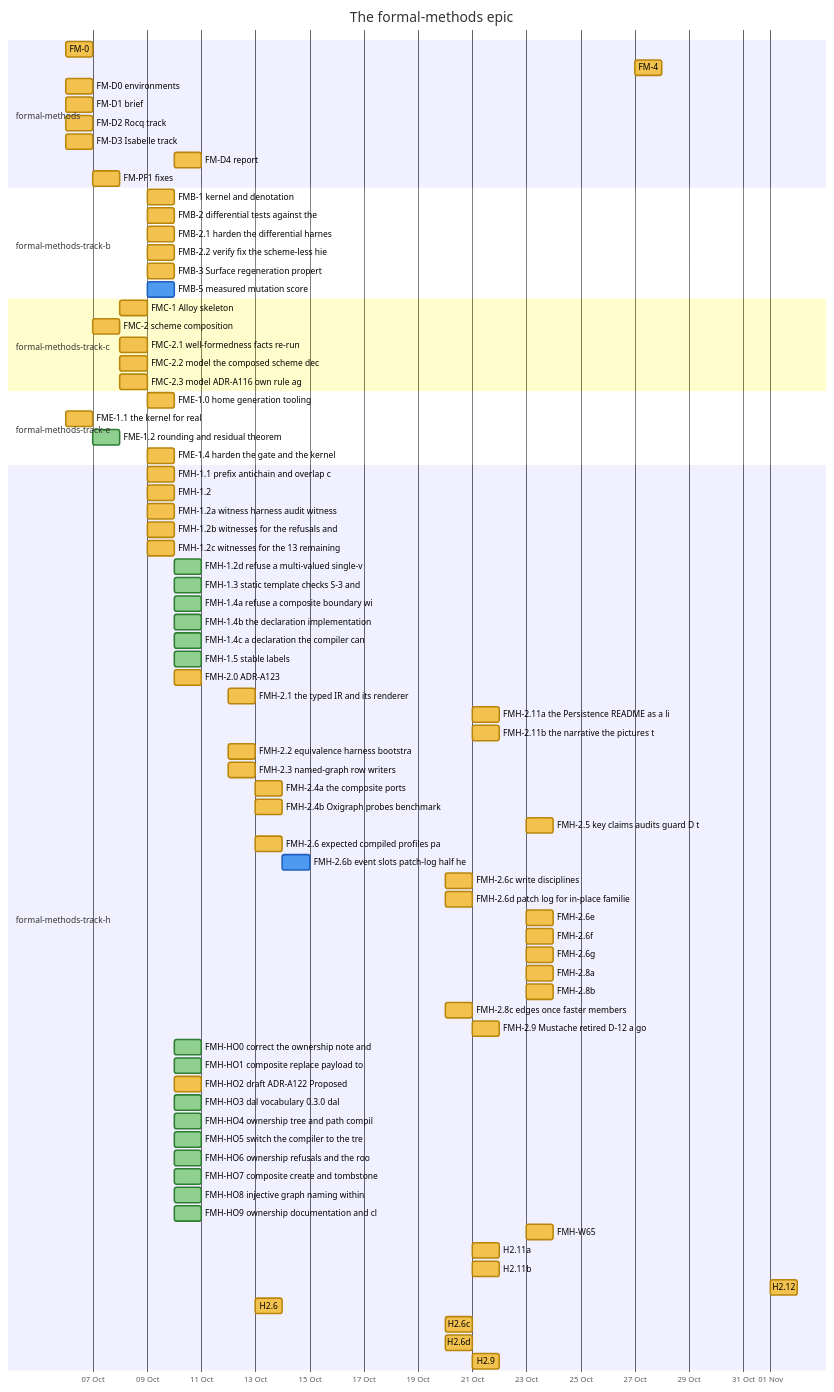
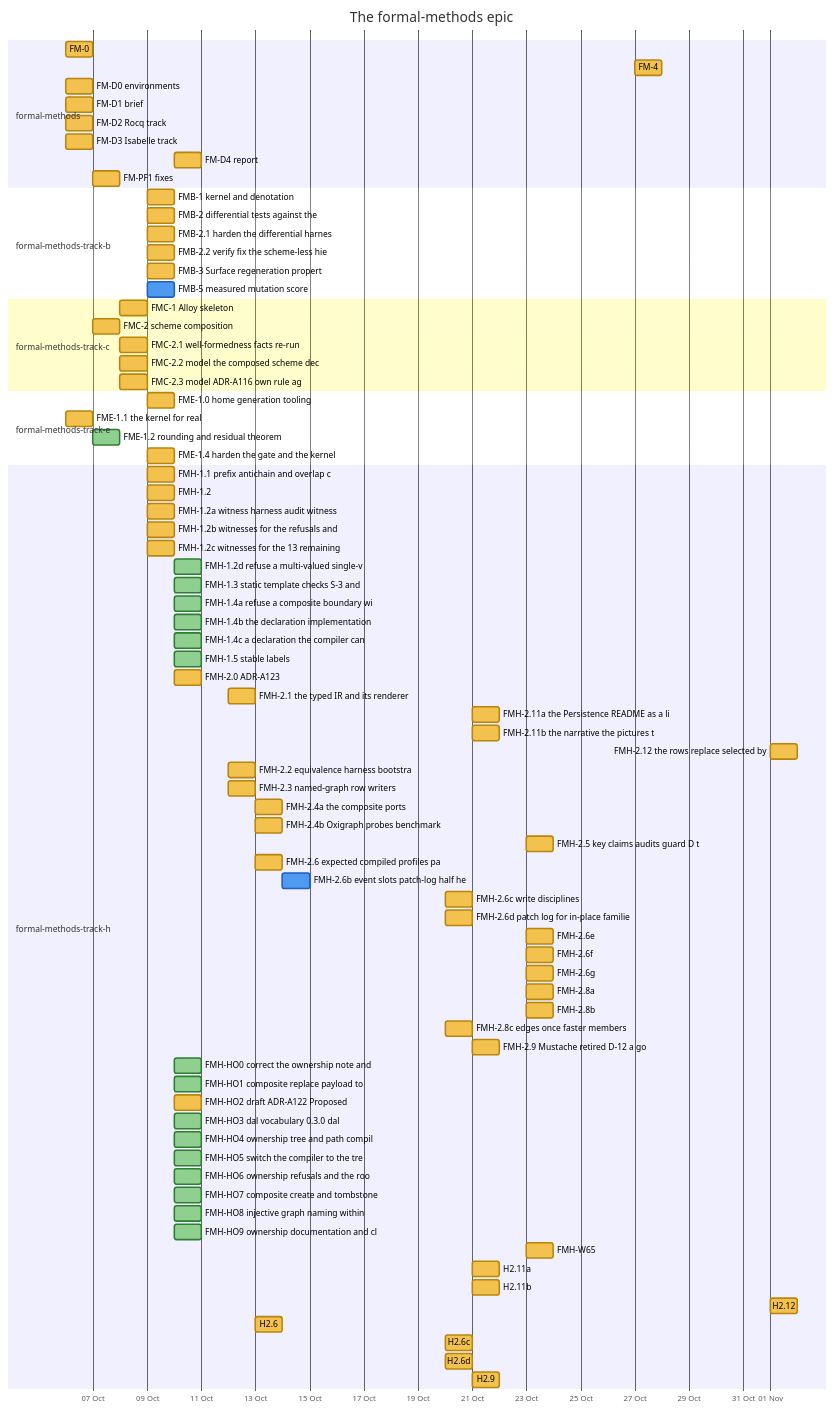
The third of 26 diagrams in docs/developer/ROADMAP.md (nebularis/lattice), drawn with Mermaid before and after one commit. The commit also changed other lines of this file and 16 other files, not shown here.

```diff
--- a/docs/developer/ROADMAP.md
+++ b/docs/developer/ROADMAP.md
@@ -154,6 +154,7 @@
     FMH-2.1 the typed IR and its renderer :fmh21, 2026-10-12, 2026-10-13
     FMH-2.11a the Persistence README as a li :fmh211a, 2026-10-21, 2026-10-22
     FMH-2.11b the narrative the pictures t :fmh211b, 2026-10-21, 2026-10-22
+    FMH-2.12 the rows replace selected by :fmh212, 2026-11-01, 2026-11-02
     FMH-2.2 equivalence harness bootstra :fmh22, 2026-10-12, 2026-10-13
     FMH-2.3 named-graph row writers :fmh23, 2026-10-12, 2026-10-13
     FMH-2.4a the composite ports :fmh24a, 2026-10-13, 2026-10-14
```
